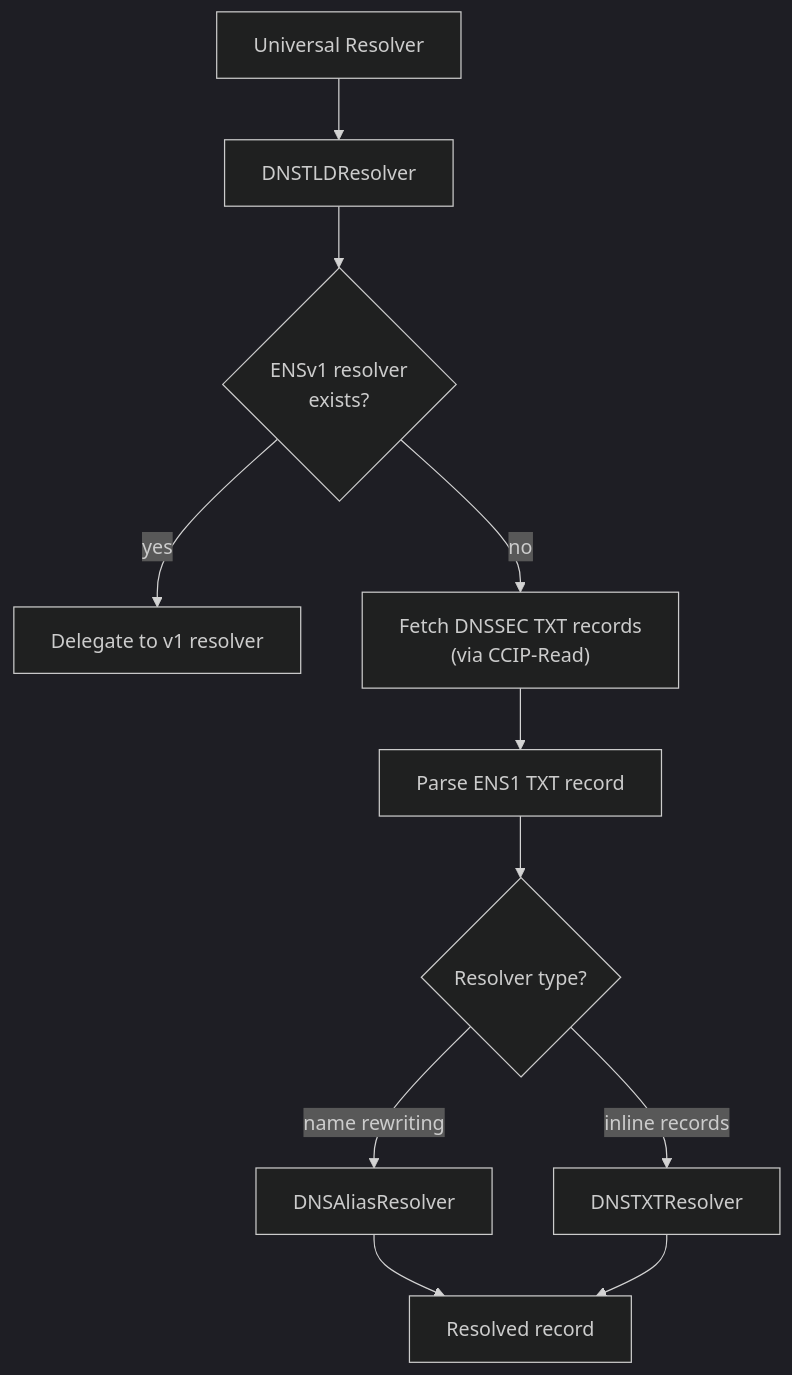
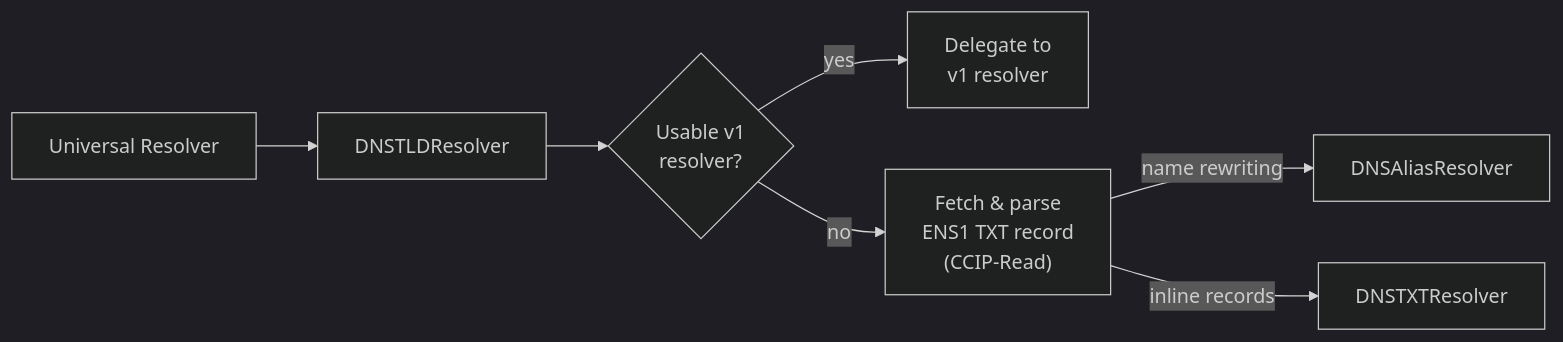
One commit to ensdomains/docs changed the diagram in src/pages/contracts/ensv2/dns-resolvers.mdx. Above: the diagram before and after it, drawn with Mermaid (dark theme). The commit also changed other lines of this file and 3 other files, not shown here.

````diff
--- a/src/pages/contracts/ensv2/dns-resolvers.mdx
+++ b/src/pages/contracts/ensv2/dns-resolvers.mdx
@@ -30,13 +30,9 @@
 ```mermaid
-flowchart TD
+flowchart LR
     UR["Universal Resolver"] --> TLD["DNSTLDResolver"]
-    TLD --> V1{"ENSv1 resolver<br/>exists?"}
-    V1 -- yes --> Legacy["Delegate to v1 resolver"]
-    V1 -- no --> DNSSEC["Fetch DNSSEC TXT records<br/>(via CCIP-Read)"]
-    DNSSEC --> Parse["Parse ENS1 TXT record"]
-    Parse --> Which{"Resolver type?"}
-    Which -- "name rewriting" --> Alias["DNSAliasResolver"]
-    Which -- "inline records" --> TXT["DNSTXTResolver"]
-    Alias --> Result["Resolved record"]
-    TXT --> Result
+    TLD --> V1{"Usable v1<br/>resolver?"}
+    V1 -- yes --> Legacy["Delegate to<br/>v1 resolver"]
+    V1 -- no --> DNSSEC["Fetch & parse<br/>ENS1 TXT record<br/>(CCIP-Read)"]
+    DNSSEC -- "name rewriting" --> Alias["DNSAliasResolver"]
+    DNSSEC -- "inline records" --> TXT["DNSTXTResolver"]
 ```
````
